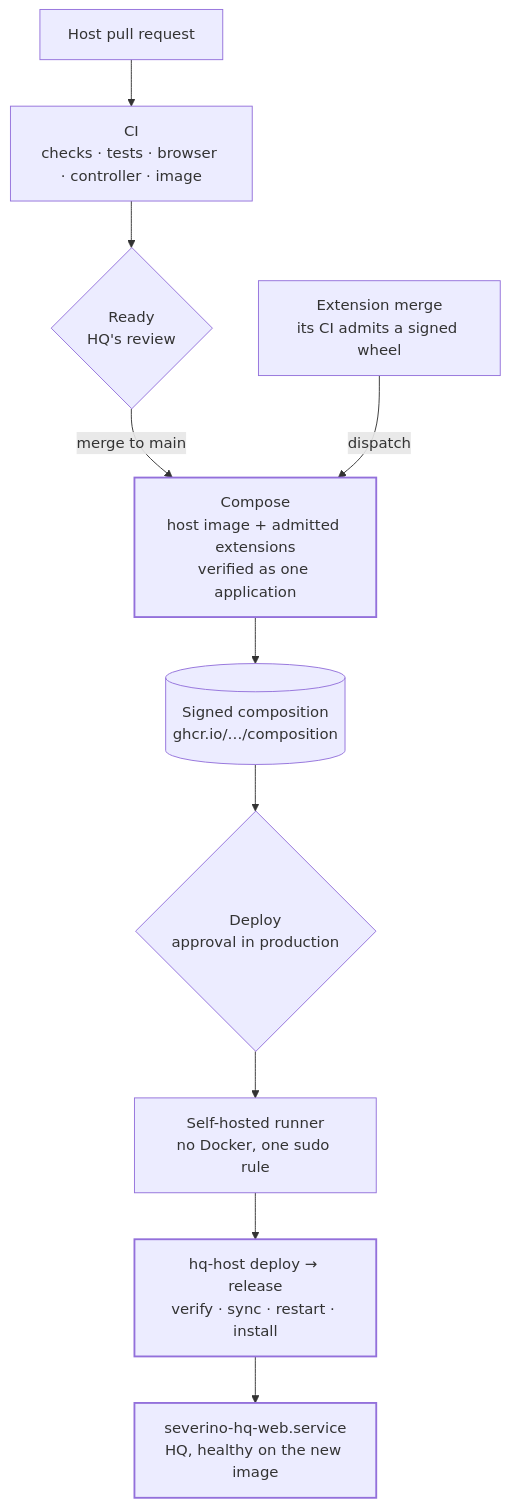
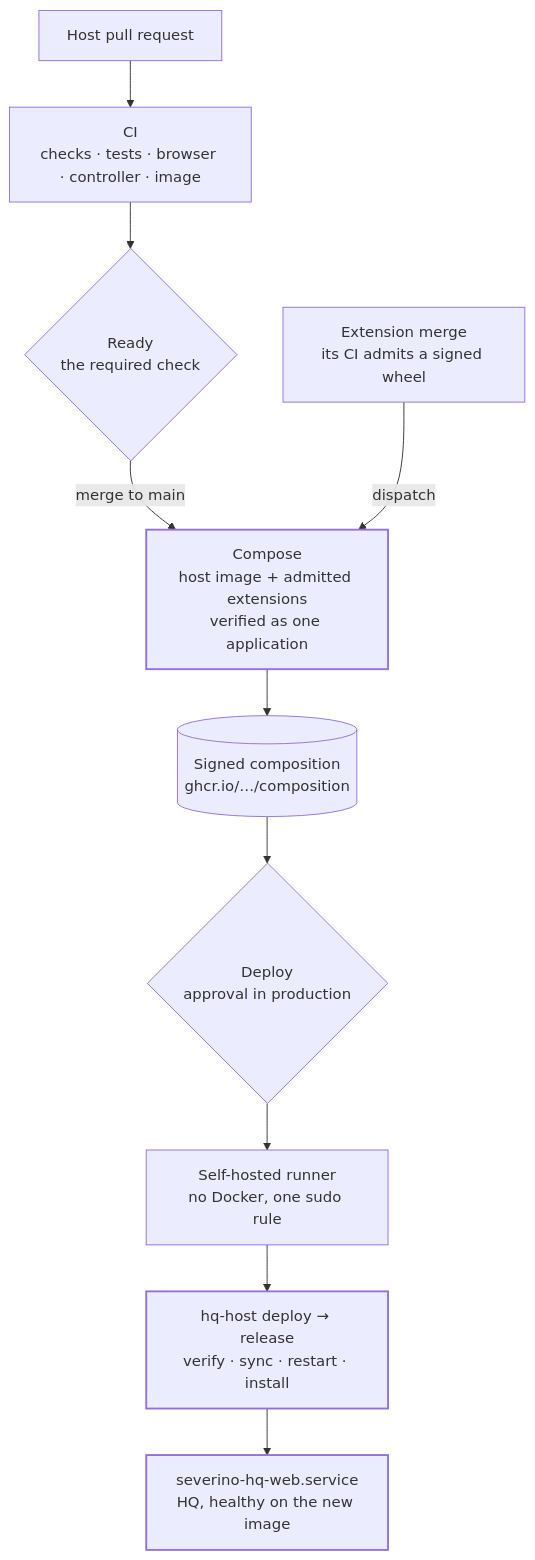
The diagram in docs/diagrams/changes-reach-hq.mmd (joeseverino/severino-hq), drawn with Mermaid before and after one commit. The commit also changed 718 other files, not shown here.

```diff
--- a/docs/diagrams/changes-reach-hq.mmd
+++ b/docs/diagrams/changes-reach-hq.mmd
@@ -1,19 +1,19 @@
 flowchart TB
     pr["Host pull request"]
     ext["Extension merge<br/>its CI admits a signed wheel"]
     ci["CI<br/>checks · tests · browser · controller · image"]
-    ready{"Ready<br/>HQ's review"}
+    ready{"Ready<br/>the required check"}
     compose["Compose<br/>host image + admitted extensions<br/>verified as one application"]
     registry[("Signed composition<br/>ghcr.io/…/composition")]
     approve{"Deploy<br/>approval in production"}
     runner["Self-hosted runner<br/>no Docker, one sudo rule"]
     host["hq-host deploy → release<br/>verify · sync · restart · install"]
     web["severino-hq-web.service<br/>HQ, healthy on the new image"]
 
     pr --> ci --> ready
     ready -->|"merge to main"| compose
     ext -->|"dispatch"| compose
     compose --> registry --> approve --> runner --> host --> web
 
     classDef anchor stroke-width:2px;
     class compose,host,web anchor;
```
